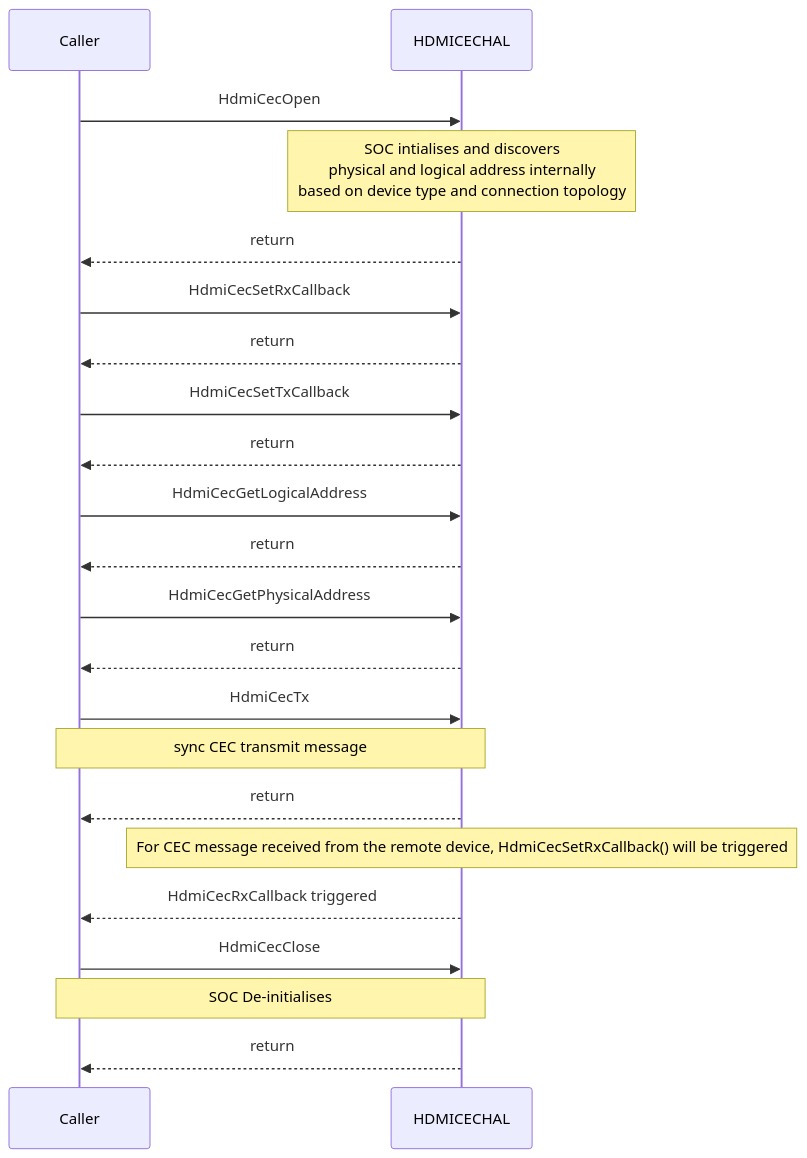
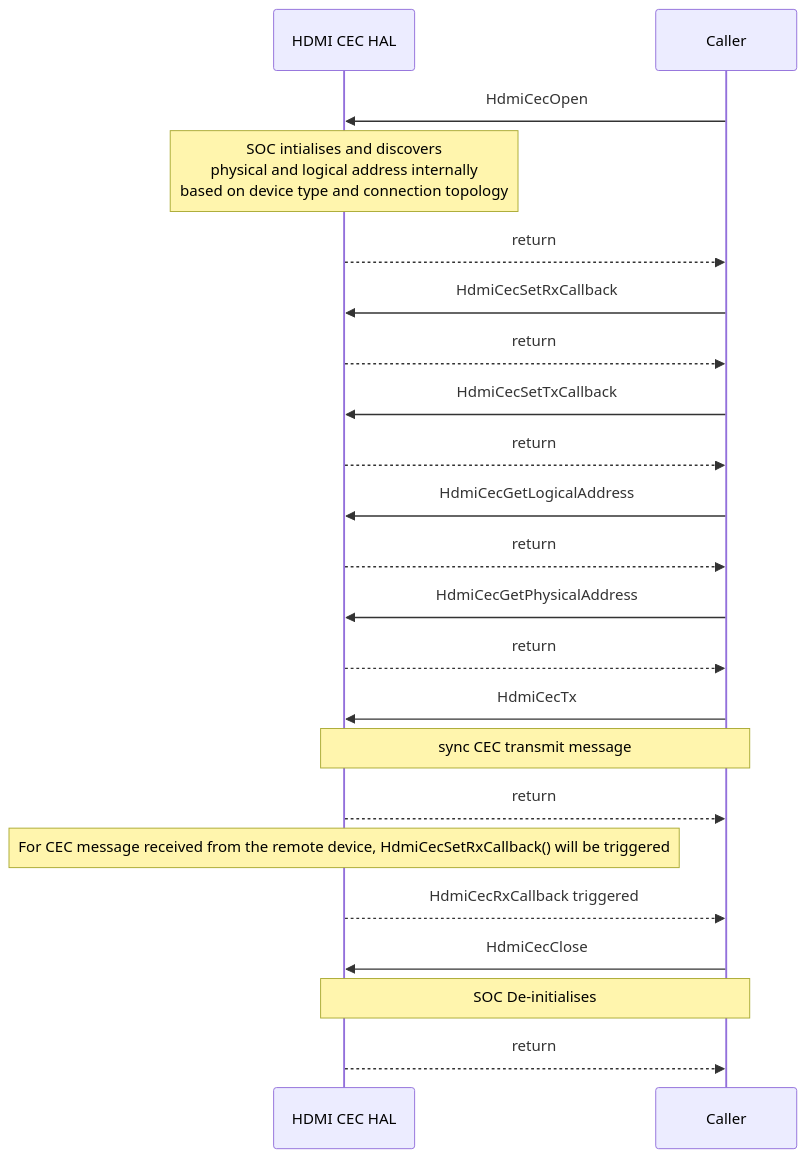
One commit to rdkcentral/rdk-halif-hdmi_cec changed the second of 2 diagrams in docs/pages/halSpec.md. Above: the diagram before and after it, drawn with Mermaid. The commit also changed other lines of this file, not shown here.

````diff
--- a/docs/pages/halSpec.md
+++ b/docs/pages/halSpec.md
@@ -170,23 +172,24 @@
 ```mermaid
 %%{ init : { "theme" : "default", "flowchart" : { "curve" : "stepBefore" }}}%%
    sequenceDiagram
-    Caller->>HDMICECHAL:HdmiCecOpen
-    Note over HDMICECHAL: SOC intialises and discovers <br> physical and logical address internally <br> based on device type and connection topology
-    HDMICECHAL-->>Caller:return
-    Caller->>HDMICECHAL:HdmiCecSetRxCallback
-    HDMICECHAL-->>Caller:return
-    Caller->>HDMICECHAL:HdmiCecSetTxCallback
-    HDMICECHAL-->>Caller:return
-    Caller ->>HDMICECHAL:HdmiCecGetLogicalAddress
-    HDMICECHAL-->>Caller:return
-    Caller ->>HDMICECHAL:HdmiCecGetPhysicalAddress
-    HDMICECHAL-->>Caller:return
-    Caller ->>HDMICECHAL:HdmiCecTx
-    Note over Caller,HDMICECHAL: sync CEC transmit message
-    HDMICECHAL-->>Caller:return
-    Note over HDMICECHAL: For CEC message received from the remote device, HdmiCecSetRxCallback() will be triggered
-    HDMICECHAL-->>Caller:HdmiCecRxCallback triggered
-    Caller ->>HDMICECHAL:HdmiCecClose
-    Note over Caller,HDMICECHAL: SOC De-initialises 
-    HDMICECHAL-->>Caller:return
+    participant HAL as HDMI CEC HAL
+    Caller->>HAL:HdmiCecOpen
+    Note over HAL: SOC intialises and discovers <br> physical and logical address internally <br> based on device type and connection topology
+    HAL-->>Caller:return
+    Caller->>HAL:HdmiCecSetRxCallback
+    HAL-->>Caller:return
+    Caller->>HAL:HdmiCecSetTxCallback
+    HAL-->>Caller:return
+    Caller ->>HAL:HdmiCecGetLogicalAddress
+    HAL-->>Caller:return
+    Caller ->>HAL:HdmiCecGetPhysicalAddress
+    HAL-->>Caller:return
+    Caller ->>HAL:HdmiCecTx
+    Note over Caller,HAL: sync CEC transmit message
+    HAL-->>Caller:return
+    Note over HAL: For CEC message received from the remote device, HdmiCecSetRxCallback() will be triggered
+    HAL-->>Caller:HdmiCecRxCallback triggered
+    Caller ->>HAL:HdmiCecClose
+    Note over Caller,HAL: SOC De-initialises 
+    HAL-->>Caller:return
  ```
````
